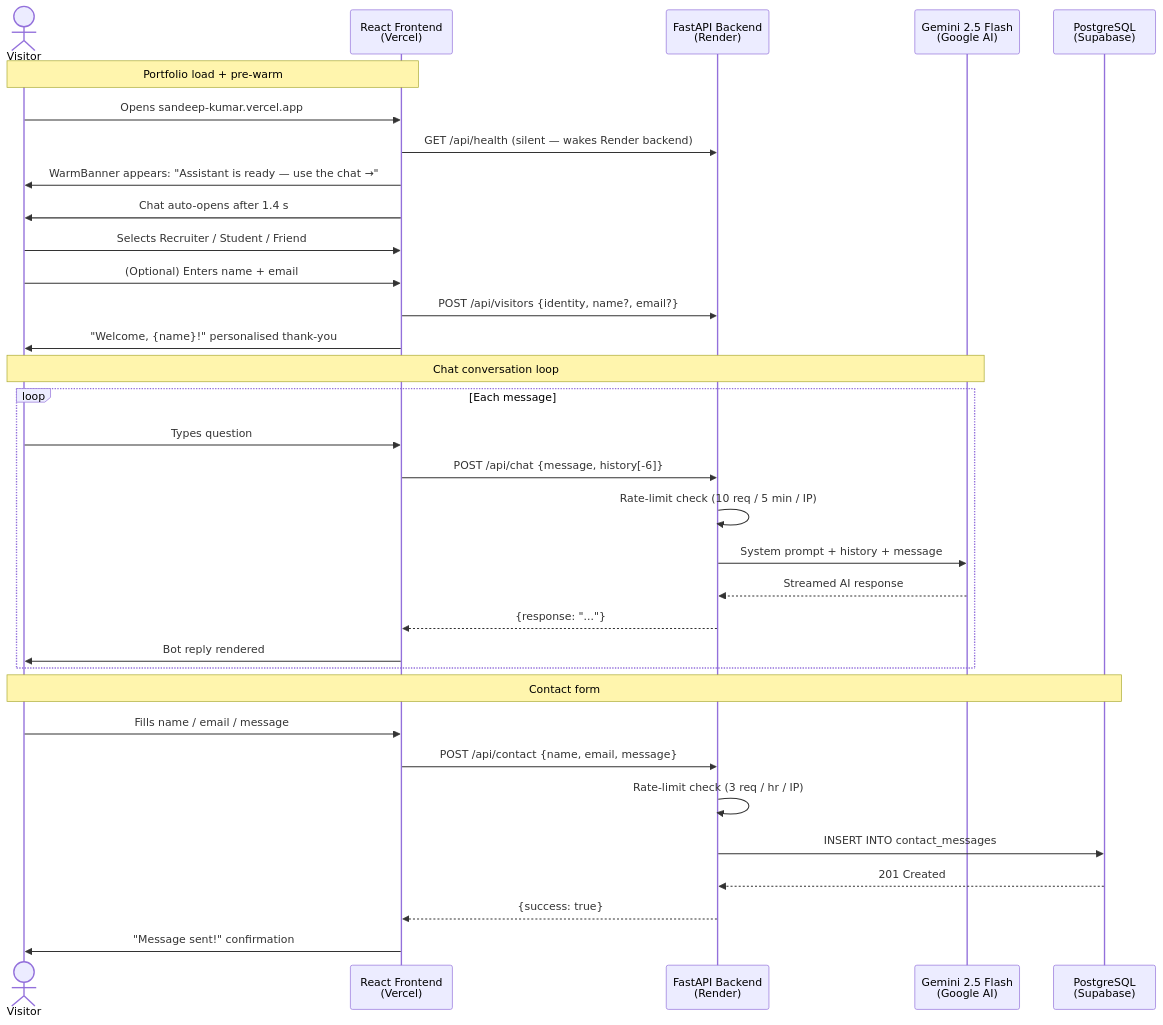
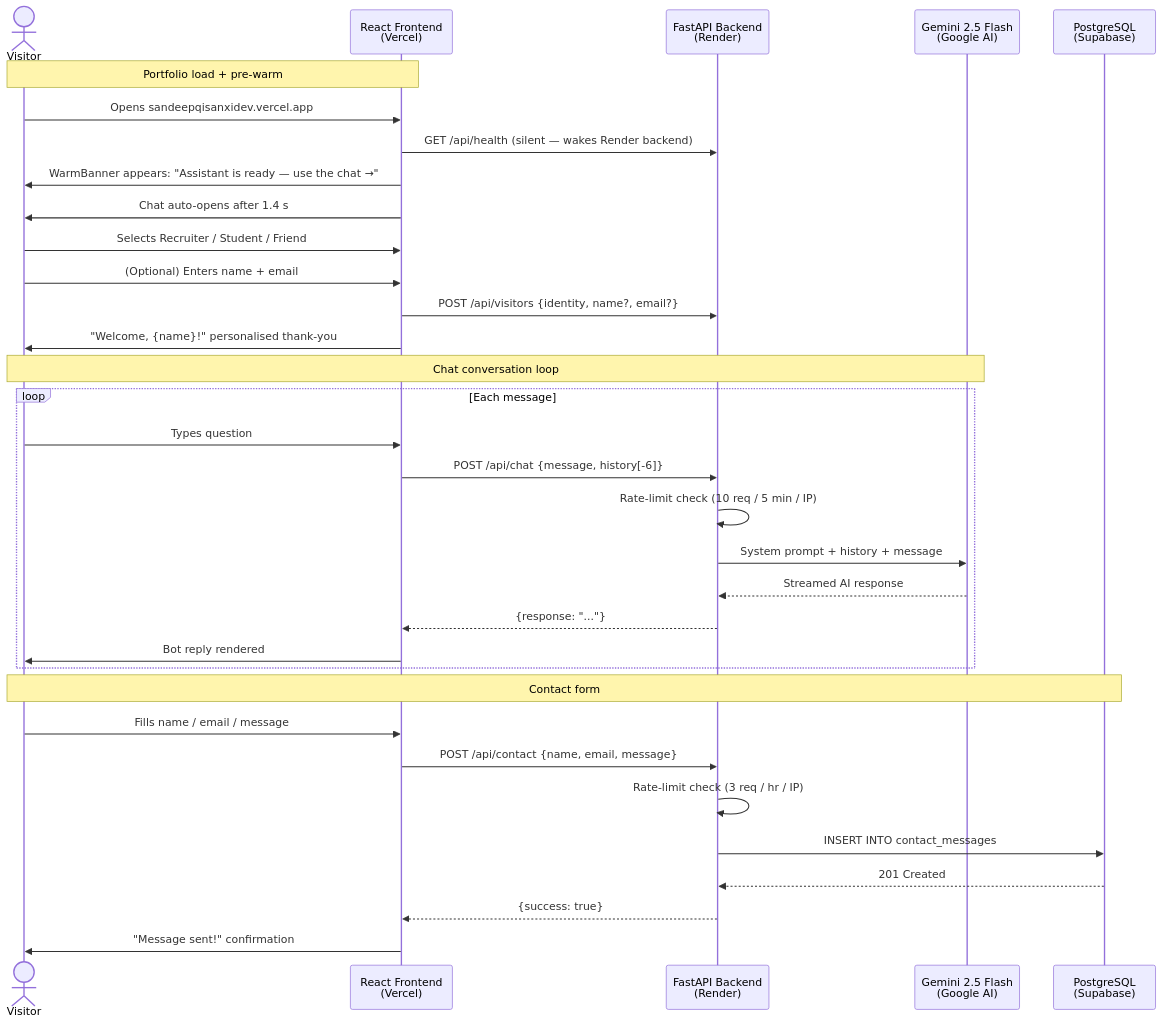
One commit to Qisanxi/Portfolio changed the second of 3 diagrams in README.md. Above: the diagram before and after it, drawn with Mermaid. The commit also changed other lines of this file and 5 other files, not shown here.

````diff
--- a/README.md
+++ b/README.md
@@ -98,38 +99,38 @@
 ```mermaid
 sequenceDiagram
     actor V as Visitor
     participant FE as React Frontend<br/>(Vercel)
     participant API as FastAPI Backend<br/>(Render)
     participant AI as Gemini 2.5 Flash<br/>(Google AI)
     participant DB as PostgreSQL<br/>(Supabase)
 
     Note over V,FE: Portfolio load + pre-warm
-    V->>FE: Opens sandeep-kumar.vercel.app
+    V->>FE: Opens sandeepqisanxidev.vercel.app
     FE->>API: GET /api/health (silent — wakes Render backend)
     FE->>V: WarmBanner appears: "Assistant is ready — use the chat →"
     FE->>V: Chat auto-opens after 1.4 s
     V->>FE: Selects Recruiter / Student / Friend
     V->>FE: (Optional) Enters name + email
     FE->>API: POST /api/visitors {identity, name?, email?}
     FE->>V: "Welcome, {name}!" personalised thank-you
 
     Note over V,AI: Chat conversation loop
     loop Each message
         V->>FE: Types question
         FE->>API: POST /api/chat {message, history[-6]}
         API->>API: Rate-limit check (10 req / 5 min / IP)
         API->>AI: System prompt + history + message
         AI-->>API: Streamed AI response
         API-->>FE: {response: "..."}
         FE->>V: Bot reply rendered
     end
 
     Note over V,DB: Contact form
     V->>FE: Fills name / email / message
     FE->>API: POST /api/contact {name, email, message}
     API->>API: Rate-limit check (3 req / hr / IP)
     API->>DB: INSERT INTO contact_messages
     DB-->>API: 201 Created
     API-->>FE: {success: true}
     FE->>V: "Message sent!" confirmation
 ```
````
